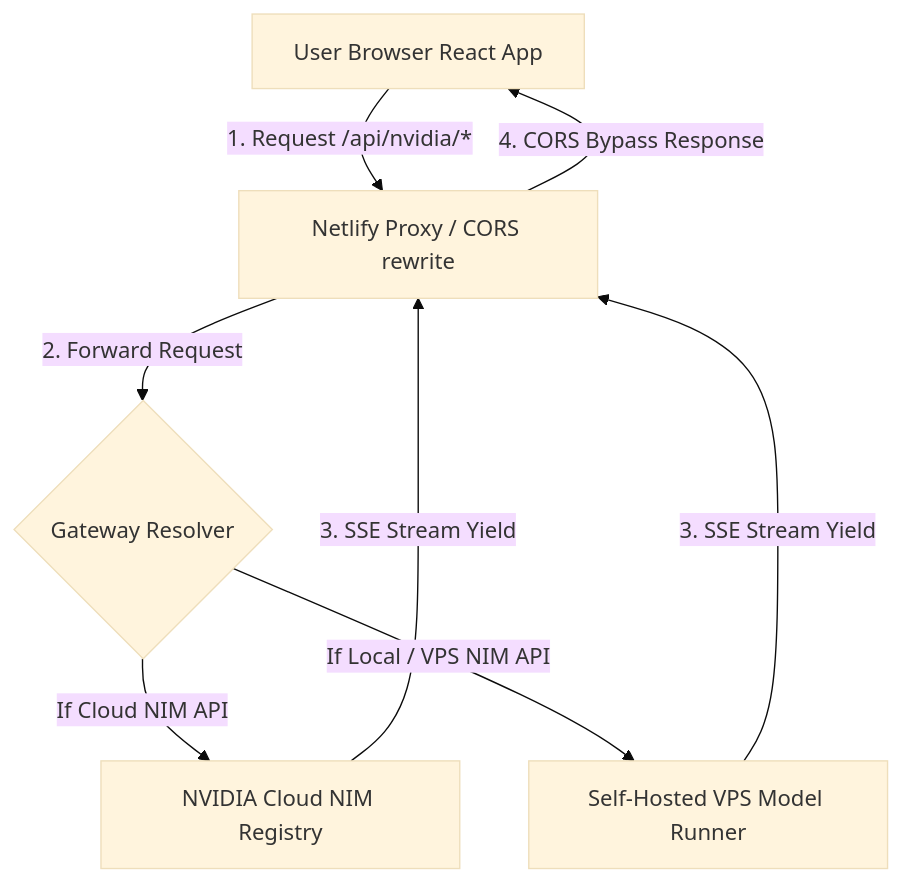
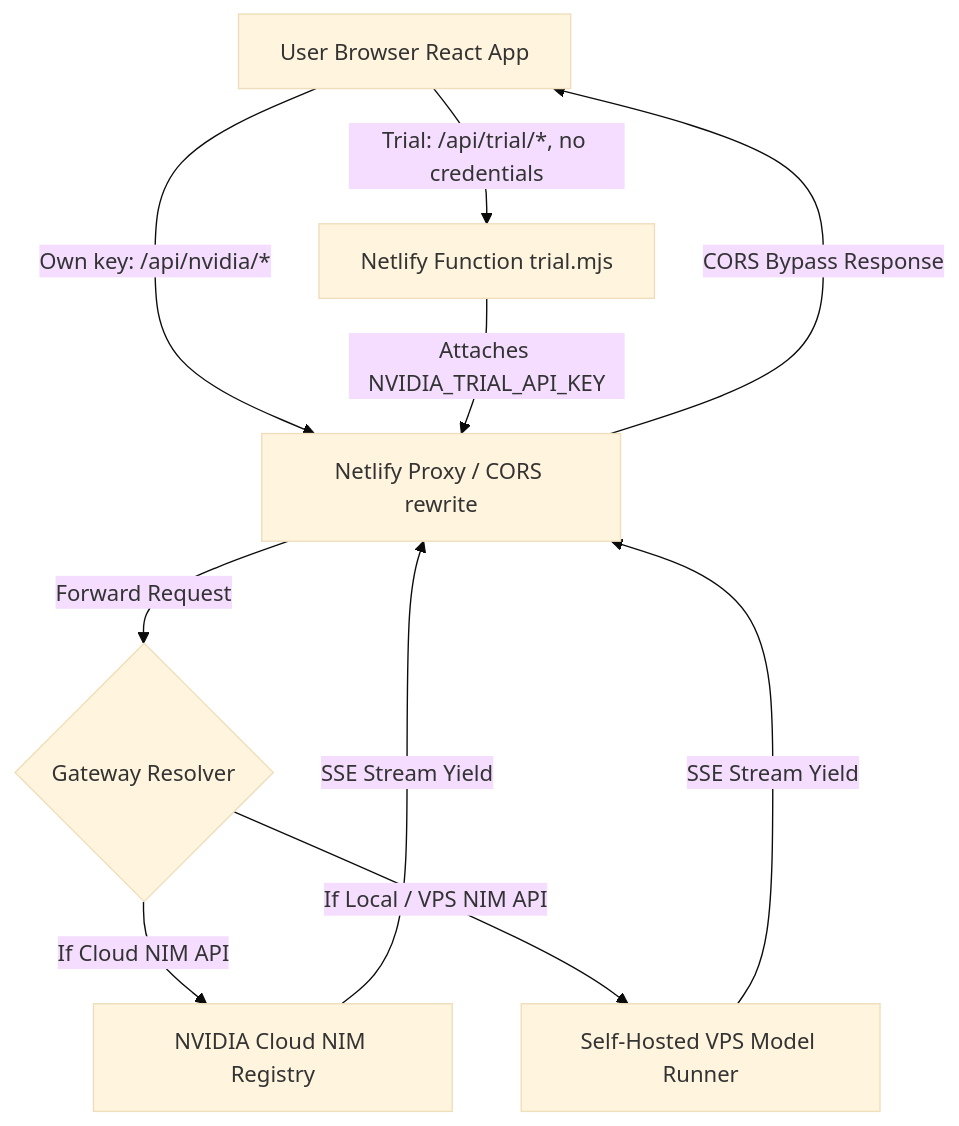
One commit to Royverse/ideation-canvas changed the first of 2 diagrams in DEVELOPER_DOCUMENTATION.md. Above: the diagram before and after it, drawn with Mermaid (base theme). The commit also changed other lines of this file and 17 other files, not shown here.

First line of the commit message:
feat(trial): let visitors in without a key, and put the source up front

````diff
--- a/DEVELOPER_DOCUMENTATION.md
+++ b/DEVELOPER_DOCUMENTATION.md
@@ -59,10 +62,12 @@
 ```mermaid
 graph TD
-    A[User Browser React App] -->|1. Request /api/nvidia/*| B[Netlify Proxy / CORS rewrite]
-    B -->|2. Forward Request| C{Gateway Resolver}
+    A[User Browser React App] -->|Own key: /api/nvidia/*| B[Netlify Proxy / CORS rewrite]
+    A -->|Trial: /api/trial/*, no credentials| F[Netlify Function trial.mjs]
+    F -->|Attaches NVIDIA_TRIAL_API_KEY| B
+    B -->|Forward Request| C{Gateway Resolver}
     C -->|If Cloud NIM API| D[NVIDIA Cloud NIM Registry]
     C -->|If Local / VPS NIM API| E[Self-Hosted VPS Model Runner]
-    D -->|3. SSE Stream Yield| B
-    E -->|3. SSE Stream Yield| B
-    B -->|4. CORS Bypass Response| A
+    D -->|SSE Stream Yield| B
+    E -->|SSE Stream Yield| B
+    B -->|CORS Bypass Response| A
 ```
````
